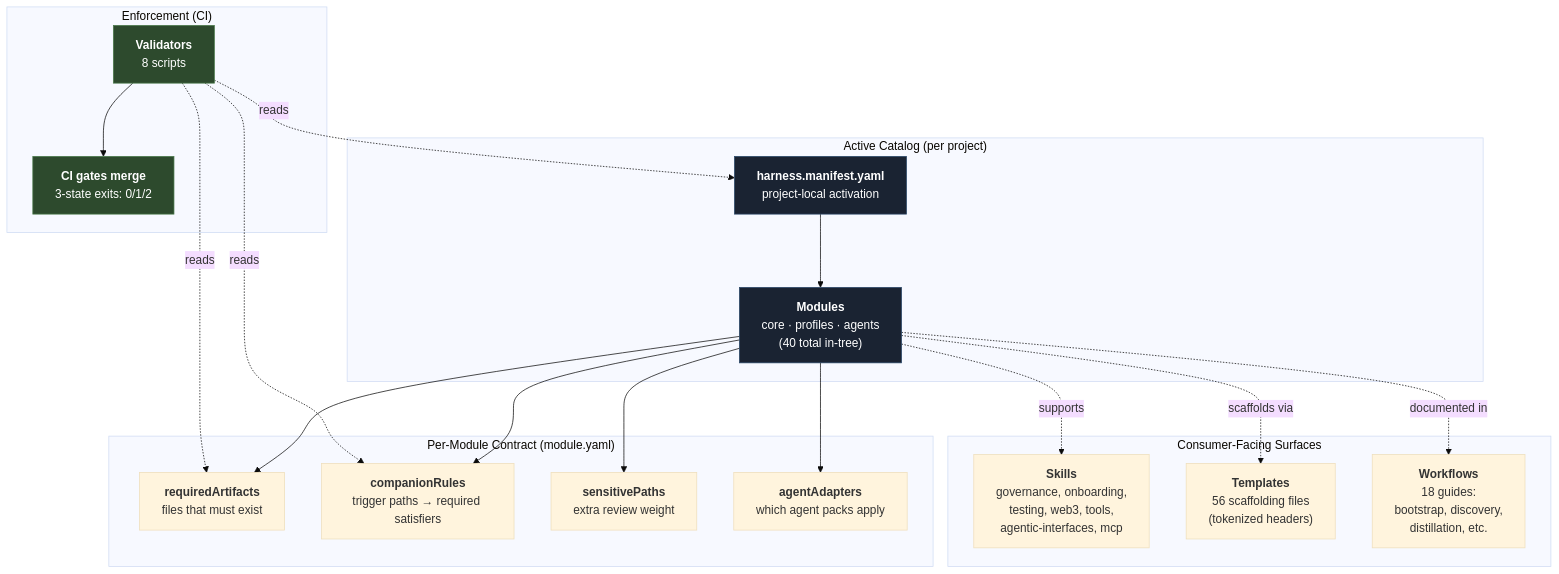
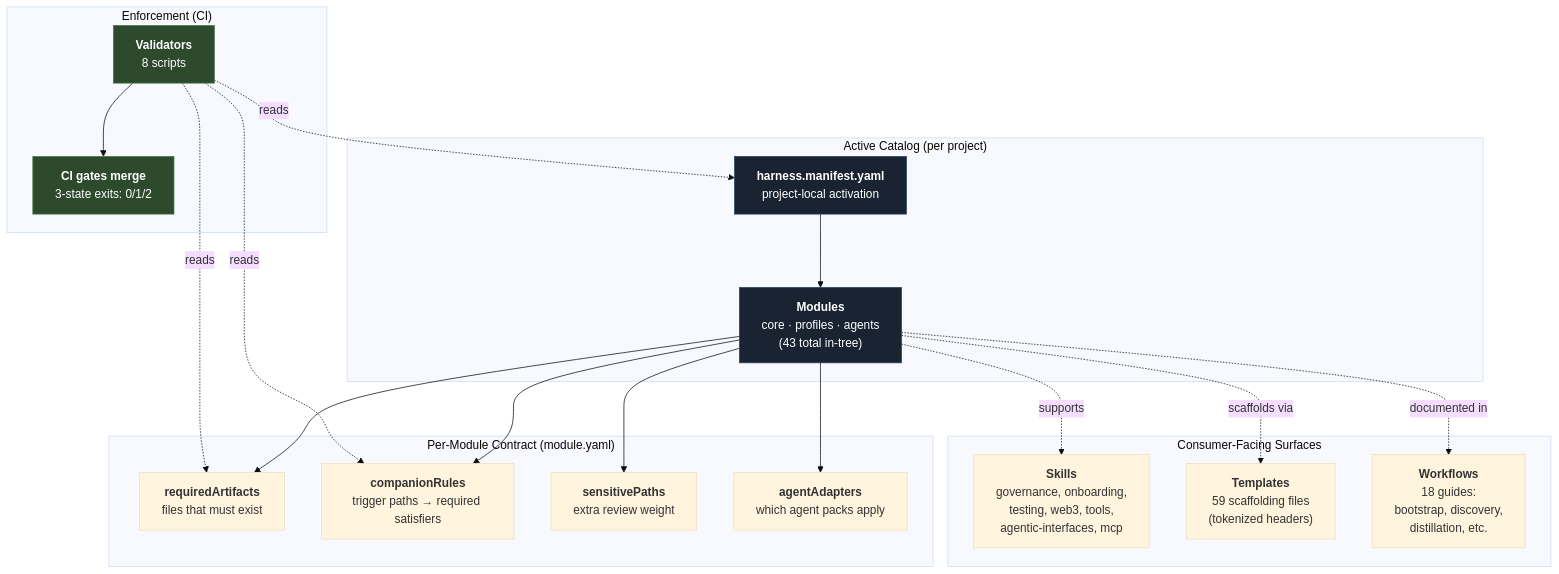
Before and after one commit to unclenate/auto-harness: the first of 11 diagrams in docs/architecture/diagrams.md, drawn with Mermaid (base theme). The commit also changed 24 other files, not shown here.

````diff
--- a/docs/architecture/diagrams.md
+++ b/docs/architecture/diagrams.md
@@ -48,38 +48,38 @@
 ```mermaid
 flowchart TD
     Manifest["<b>harness.manifest.yaml</b><br/>project-local activation"]
 
     subgraph CATALOG["Active Catalog (per project)"]
-        Manifest --> Modules["<b>Modules</b><br/>core · profiles · agents<br/>(40 total in-tree)"]
+        Manifest --> Modules["<b>Modules</b><br/>core · profiles · agents<br/>(43 total in-tree)"]
     end
 
     subgraph CONTRACT["Per-Module Contract (module.yaml)"]
         Modules --> Required["<b>requiredArtifacts</b><br/>files that must exist"]
         Modules --> Companions["<b>companionRules</b><br/>trigger paths → required satisfiers"]
         Modules --> Sensitive["<b>sensitivePaths</b><br/>extra review weight"]
         Modules --> Adapters["<b>agentAdapters</b><br/>which agent packs apply"]
     end
 
     subgraph ENFORCE["Enforcement (CI)"]
         Validators["<b>Validators</b><br/>8 scripts"]
         Validators -.reads.-> Manifest
         Validators -.reads.-> Required
         Validators -.reads.-> Companions
         Validators --> CIGate["<b>CI gates merge</b><br/>3-state exits: 0/1/2"]
     end
 
     subgraph SURFACE["Consumer-Facing Surfaces"]
         Skills["<b>Skills</b><br/>governance, onboarding,<br/>testing, web3, tools,<br/>agentic-interfaces, mcp"]
-        Templates["<b>Templates</b><br/>56 scaffolding files<br/>(tokenized headers)"]
+        Templates["<b>Templates</b><br/>59 scaffolding files<br/>(tokenized headers)"]
         Workflows["<b>Workflows</b><br/>18 guides:<br/>bootstrap, discovery,<br/>distillation, etc."]
     end
 
     Modules -.supports.-> Skills
     Modules -.scaffolds via.-> Templates
     Modules -.documented in.-> Workflows
 
     style Manifest fill:#1a2332,stroke:#2c4a6b,color:#fff
     style Modules fill:#1a2332,stroke:#2c4a6b,color:#fff
     style Validators fill:#2d4a2d,stroke:#4a7a4a,color:#fff
     style CIGate fill:#2d4a2d,stroke:#4a7a4a,color:#fff
 ```
````
